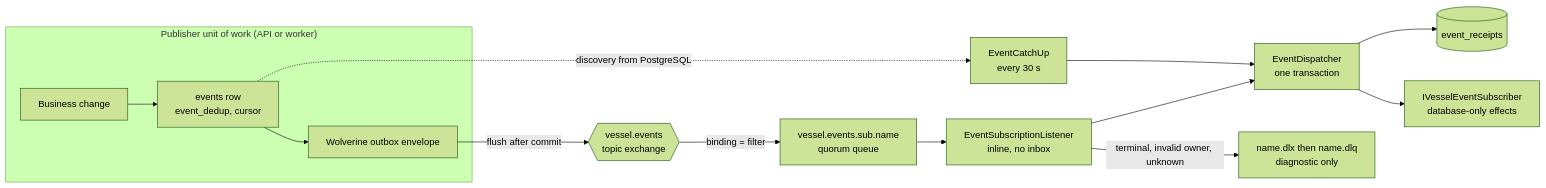
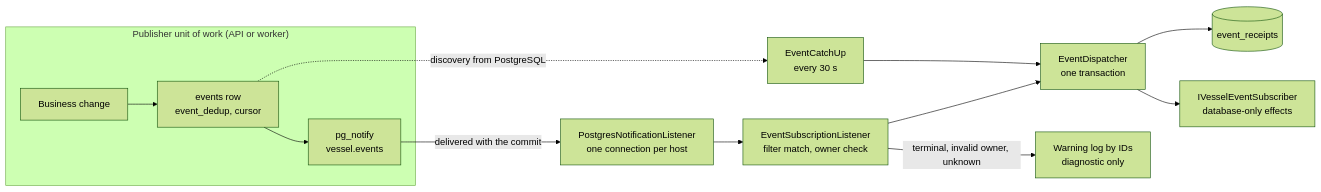
One commit to sloppitty/vessel changed the third of 8 diagrams in docs/architecture/messaging-and-workers.md. Above: the diagram before and after it, drawn with Mermaid (forest theme). The commit also changed other lines of this file and 102 other files, not shown here.

First line of the commit message:
feat(messaging): replace RabbitMQ and Wolverine with PostgreSQL LISTEN/NOTIFY (#99) (#171)

````diff
--- a/docs/architecture/messaging-and-workers.md
+++ b/docs/architecture/messaging-and-workers.md
@@ -174,16 +173,15 @@
 ```mermaid
 flowchart LR
     subgraph Unit["Publisher unit of work (API or worker)"]
         Change[Business change] --> Event["events row<br/>event_dedup, cursor"]
-        Event --> Envelope[Wolverine outbox envelope]
+        Event --> Notify["pg_notify<br/>vessel.events"]
     end
-    Envelope -->|"flush after commit"| Topic{{"vessel.events<br/>topic exchange"}}
-    Topic -->|"binding = filter"| Queue["vessel.events.sub.name<br/>quorum queue"]
-    Queue --> Listener["EventSubscriptionListener<br/>inline, no inbox"]
+    Notify -->|"delivered with the commit"| Listen["PostgresNotificationListener<br/>one connection per host"]
+    Listen --> Listener["EventSubscriptionListener<br/>filter match, owner check"]
     Listener --> Dispatcher["EventDispatcher<br/>one transaction"]
     CatchUp["EventCatchUp<br/>every 30 s"] --> Dispatcher
     Event -.->|"discovery from PostgreSQL"| CatchUp
     Dispatcher --> Receipts[("event_receipts")]
     Dispatcher --> Handler["IVesselEventSubscriber<br/>database-only effects"]
-    Listener -->|"terminal, invalid owner, unknown"| Dlq["name.dlx then name.dlq<br/>diagnostic only"]
+    Listener -->|"terminal, invalid owner, unknown"| Log["Warning log by IDs<br/>diagnostic only"]
 ```
````
